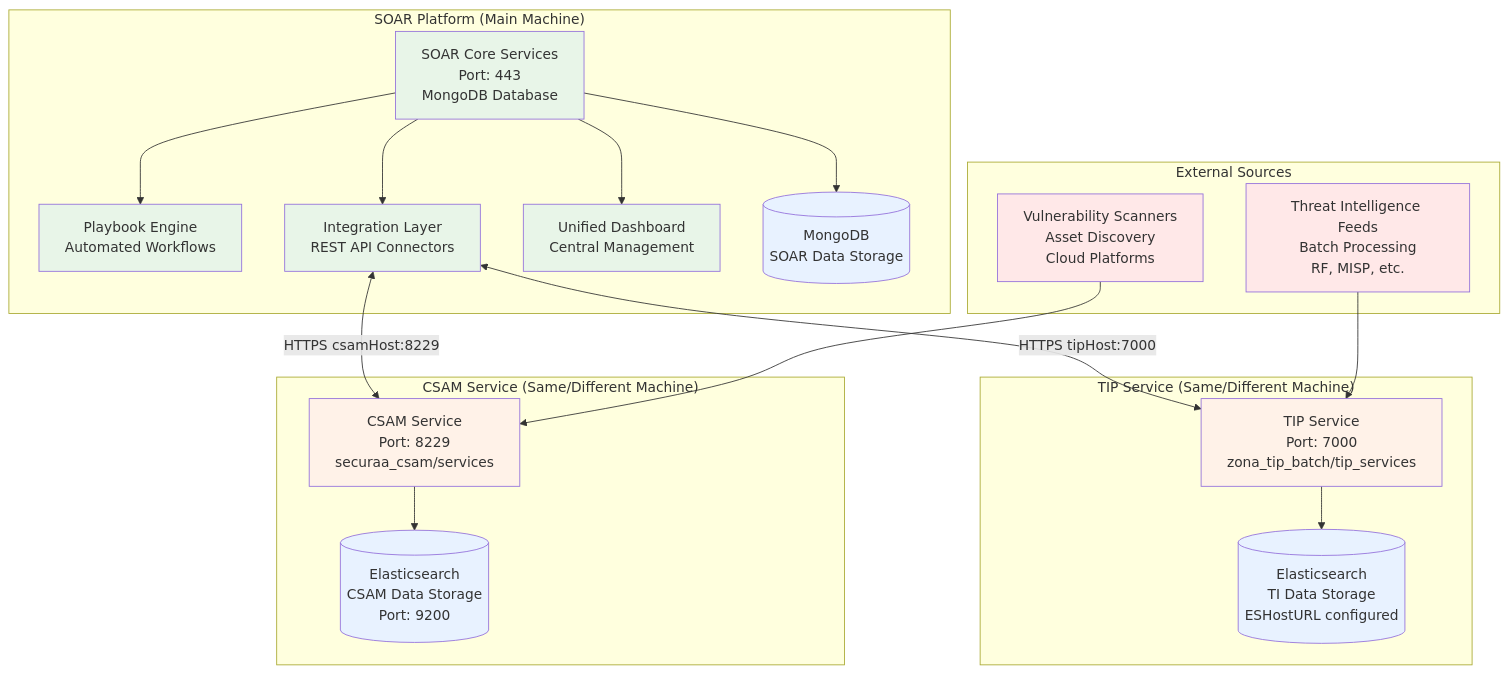
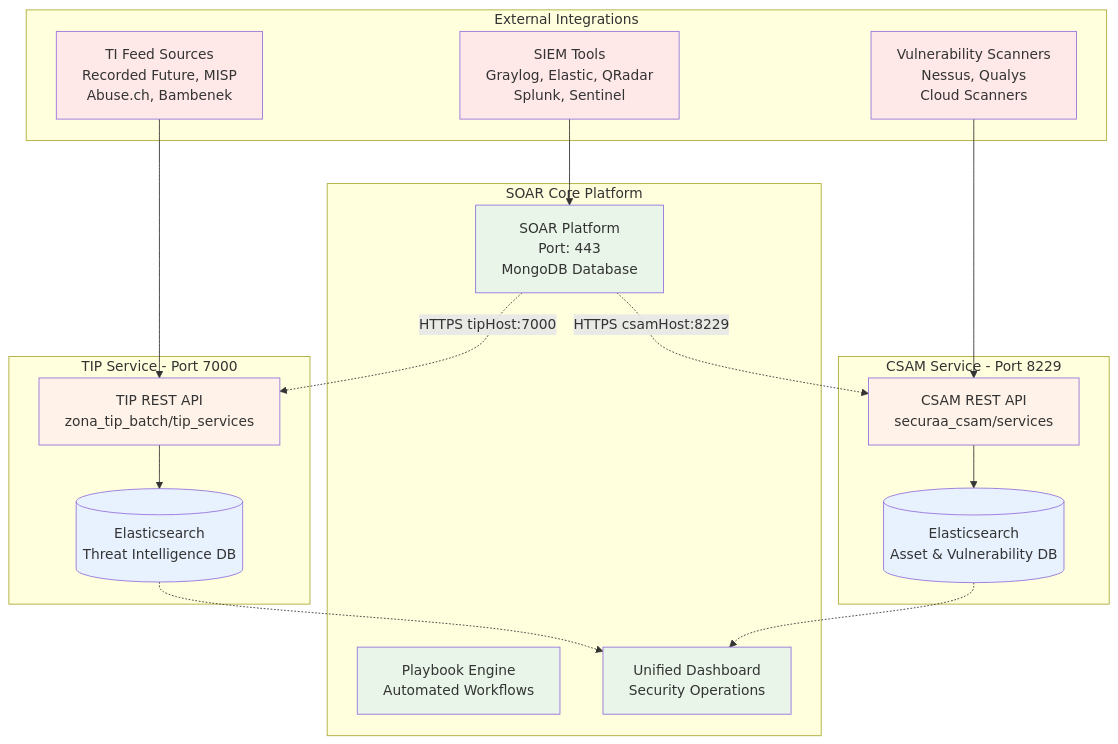
The first of 18 diagrams in SOAR_Architecture_SIEM_TI_Integration_Documentation.md (Vishwa0220/customers-docs), drawn with Mermaid before and after one commit. The commit also changed other lines of this file, not shown here.

````diff
--- a/SOAR_Architecture_SIEM_TI_Integration_Documentation.md
+++ b/SOAR_Architecture_SIEM_TI_Integration_Documentation.md
@@ -23,54 +21,51 @@
 ```mermaid
 graph TB
-    subgraph "SOAR Platform (Main Machine)"
-        SOAR_CORE[SOAR Core Services<br/>Port: 443<br/>MongoDB Database]
-        PLAYBOOK_ENGINE[Playbook Engine<br/>Automated Workflows]
-        INTEGRATION_LAYER[Integration Layer<br/>REST API Connectors]
-        DASHBOARD[Unified Dashboard<br/>Central Management]
-        MONGO_DB[(MongoDB<br/>SOAR Data Storage)]
+    subgraph "SOAR Core Platform"
+        SOAR[SOAR Platform<br/>Port: 443<br/>MongoDB Database]
+        PLAYBOOKS[Playbook Engine<br/>Automated Workflows]
+        DASHBOARD[Unified Dashboard<br/>Security Operations]
     end
     
-    subgraph "TIP Service (Same/Different Machine)"
-        TIP_SERVICE[TIP Service<br/>Port: 7000<br/>zona_tip_batch/tip_services]
-        ELASTIC_TIP[(Elasticsearch<br/>TI Data Storage<br/>ESHostURL configured)]
+    subgraph "TIP Service - Port 7000"
+        TIP_API[TIP REST API<br/>zona_tip_batch/tip_services]
+        TIP_ES[(Elasticsearch<br/>Threat Intelligence DB)]
     end
     
-    subgraph "CSAM Service (Same/Different Machine)"
-        CSAM_SERVICE[CSAM Service<br/>Port: 8229<br/>securaa_csam/services]
-        ELASTIC_CSAM[(Elasticsearch<br/>CSAM Data Storage<br/>Port: 9200)]
+    subgraph "CSAM Service - Port 8229"
+        CSAM_API[CSAM REST API<br/>securaa_csam/services]
+        CSAM_ES[(Elasticsearch<br/>Asset & Vulnerability DB)]
     end
     
-    subgraph "External Sources"
-        TI_FEEDS[Threat Intelligence Feeds<br/>Batch Processing<br/>RF, MISP, etc.]
-        VULN_SCANNERS[Vulnerability Scanners<br/>Asset Discovery<br/>Cloud Platforms]
+    subgraph "External Integrations"
+        SIEM_TOOLS[SIEM Tools<br/>Graylog, Elastic, QRadar<br/>Splunk, Sentinel]
+        TI_FEEDS[TI Feed Sources<br/>Recorded Future, MISP<br/>Abuse.ch, Bambenek]
+        VULN_SCANNERS[Vulnerability Scanners<br/>Nessus, Qualys<br/>Cloud Scanners]
     end
     
-    %% Core Connections
-    SOAR_CORE --> MONGO_DB
-    SOAR_CORE --> PLAYBOOK_ENGINE
-    SOAR_CORE --> INTEGRATION_LAYER
-    SOAR_CORE --> DASHBOARD
-    
-    %% Service Connections via HTTPS
-    INTEGRATION_LAYER <-->|HTTPS tipHost:7000| TIP_SERVICE
-    INTEGRATION_LAYER <-->|HTTPS csamHost:8229| CSAM_SERVICE
+    %% Service Communication
+    SOAR -.->|HTTPS tipHost:7000| TIP_API
+    SOAR -.->|HTTPS csamHost:8229| CSAM_API
     
     %% Data Storage
-    TIP_SERVICE --> ELASTIC_TIP
-    CSAM_SERVICE --> ELASTIC_CSAM
+    TIP_API --> TIP_ES
+    CSAM_API --> CSAM_ES
     
-    %% External Integrations
-    TI_FEEDS --> TIP_SERVICE
-    VULN_SCANNERS --> CSAM_SERVICE
+    %% External Data Sources
+    SIEM_TOOLS --> SOAR
+    TI_FEEDS --> TIP_API
+    VULN_SCANNERS --> CSAM_API
     
-    %% Styling
-    classDef soarComponent fill:#e8f5e8
-    classDef serviceComponent fill:#fff2e8
-    classDef dataComponent fill:#e8f2ff
-    classDef externalComponent fill:#ffe8e8
+    %% Dashboard Integration
+    TIP_ES -.-> DASHBOARD
+    CSAM_ES -.-> DASHBOARD
     
-    class SOAR_CORE,PLAYBOOK_ENGINE,INTEGRATION_LAYER,DASHBOARD soarComponent
-    class TIP_SERVICE,CSAM_SERVICE serviceComponent
-    class MONGO_DB,ELASTIC_TIP,ELASTIC_CSAM dataComponent
-    class TI_FEEDS,VULN_SCANNERS externalComponent
+    classDef soarCore fill:#e8f5e8
+    classDef services fill:#fff2e8
+    classDef databases fill:#e8f2ff
+    classDef external fill:#ffe8e8
+    
+    class SOAR,PLAYBOOKS,DASHBOARD soarCore
+    class TIP_API,CSAM_API services
+    class TIP_ES,CSAM_ES databases
+    class SIEM_TOOLS,TI_FEEDS,VULN_SCANNERS external
 ```
````
